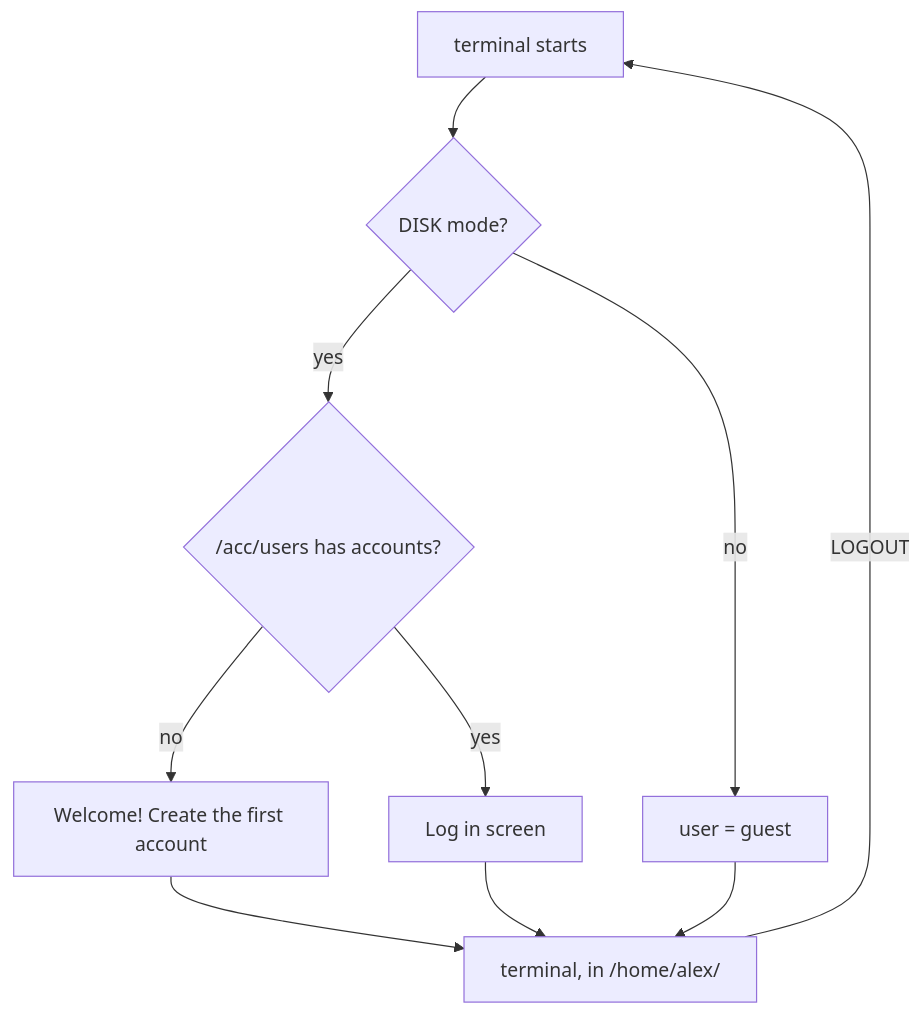
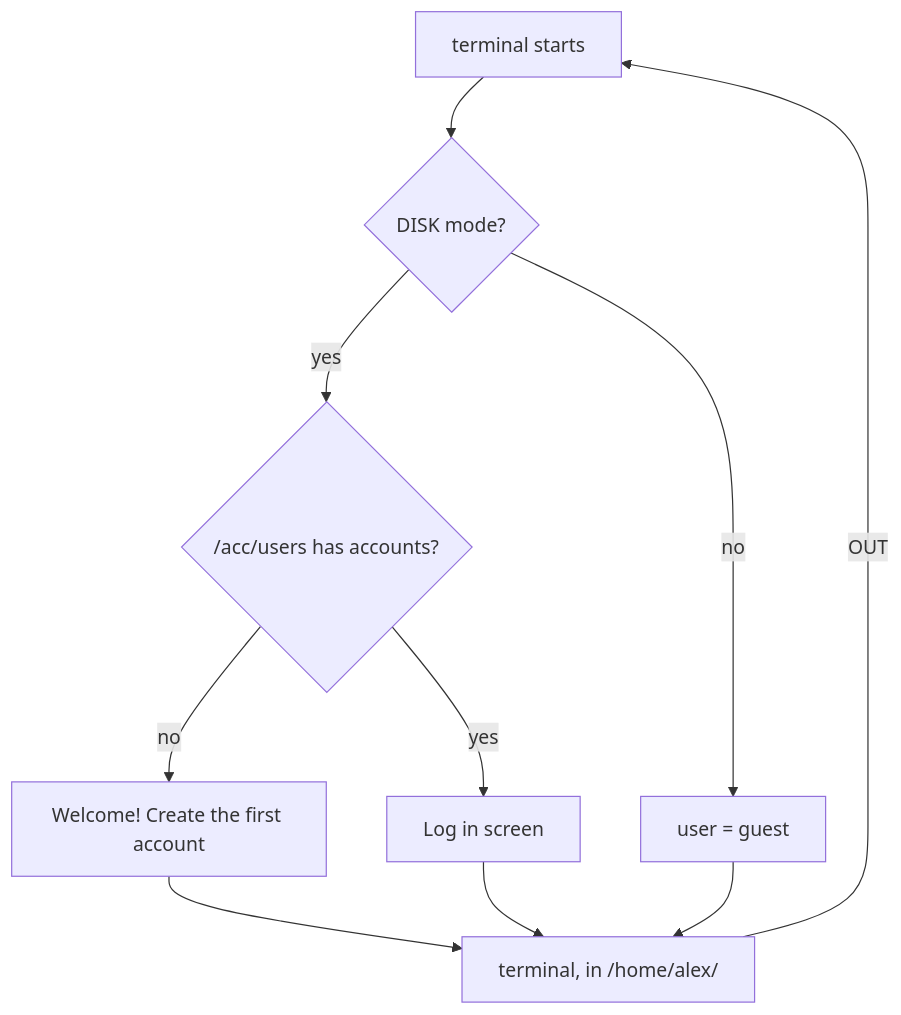
Before and after one commit to alexanderwalford-official/Renovate-OS: the second of 6 diagrams in docs/SECURITY.md, drawn with Mermaid. The commit also changed other lines of this file and 39 other files, not shown here.

````diff
--- a/docs/SECURITY.md
+++ b/docs/SECURITY.md
@@ -146,12 +146,12 @@
 ```mermaid
 flowchart TD
     A[terminal starts] --> B{DISK mode?}
     B -- no --> G[user = guest]
     B -- yes --> C{/acc/users has accounts?}
     C -- no --> F["Welcome! Create the first account"]
     C -- yes --> L[Log in screen]
     F --> T["terminal, in /home/alex/"]
     L --> T
     G --> T
-    T -- LOGOUT --> A
+    T -- OUT --> A
 ```
````
